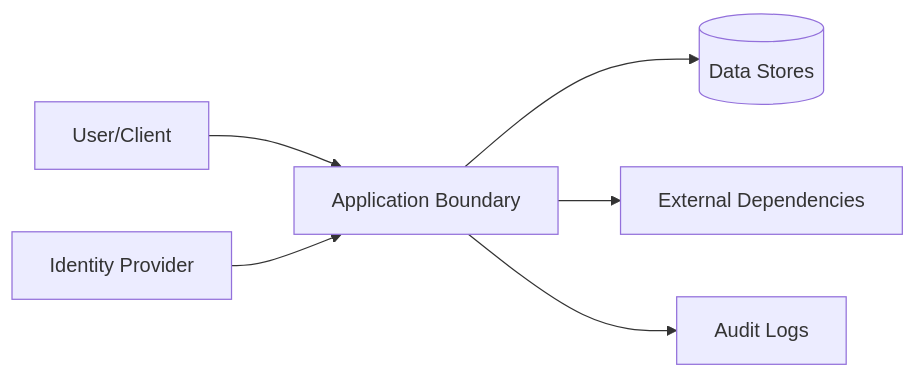
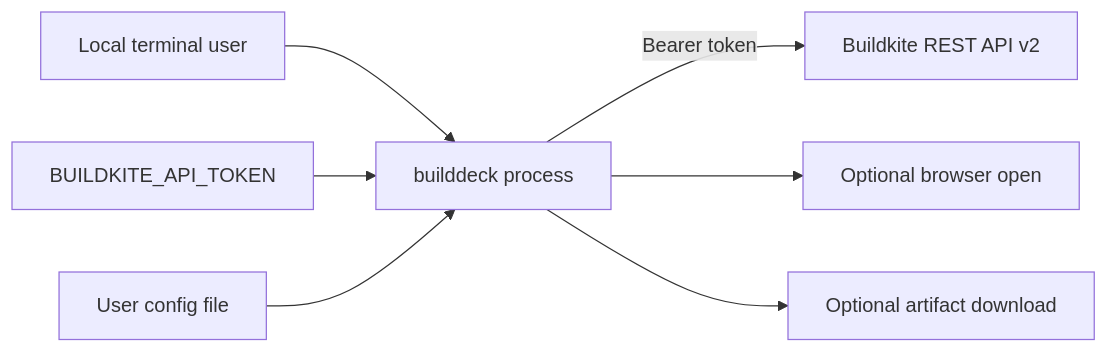
The diagram in .decapod/generated/specs/SECURITY.md (alexhraber/builddeck), drawn with Mermaid before and after one commit. The commit also changed other lines of this file and 9 other files, not shown here.

````diff
--- a/.decapod/generated/specs/SECURITY.md
+++ b/.decapod/generated/specs/SECURITY.md
@@ -4,8 +4,9 @@
 ```mermaid
 flowchart LR
-   U[User/Client] --> A[Application Boundary]
-   A --> D[(Data Stores)]
-   A --> X[External Dependencies]
-   I[Identity Provider] --> A
-   A --> L[Audit Logs]
+  User[Local terminal user] --> CLI[builddeck process]
+  Env[BUILDKITE_API_TOKEN] --> CLI
+  Config[User config file] --> CLI
+  CLI -->|Bearer token| BK[Buildkite REST API v2]
+  CLI --> Browser[Optional browser open]
+  CLI --> Files[Optional artifact download]
 ```
````
